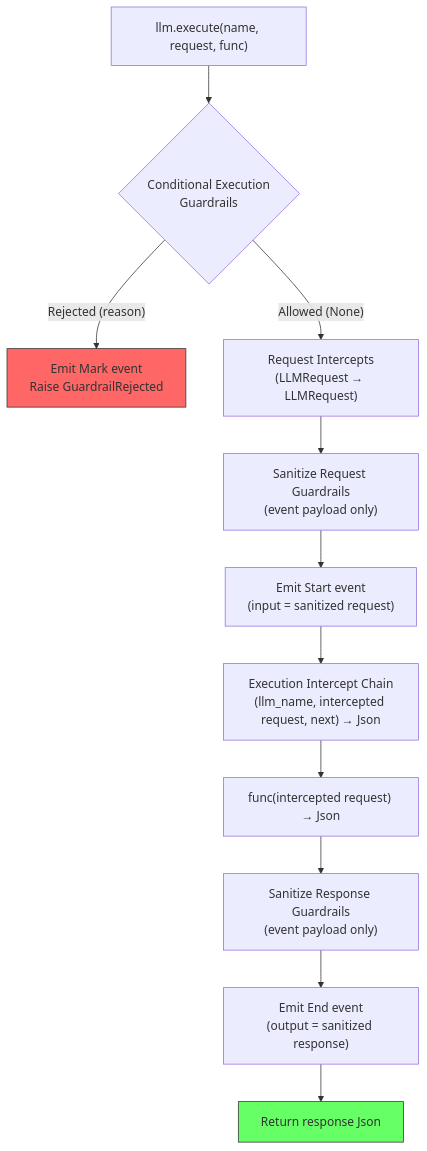
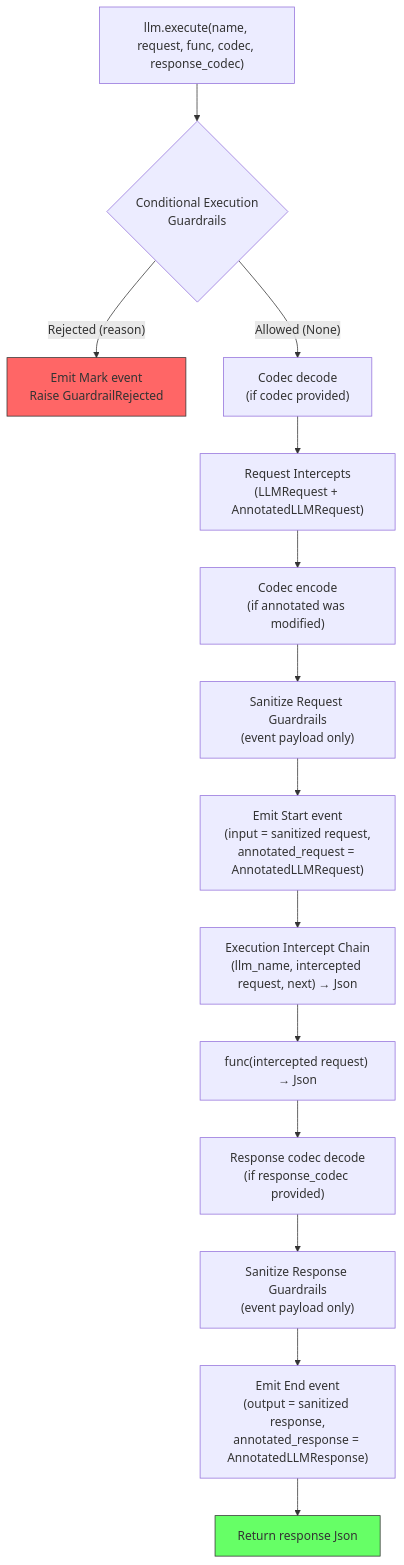
The second of 3 diagrams in docs/middleware-pipeline.md (NVIDIA/NeMo-Relay), drawn with Mermaid before and after one commit. The commit also changed other lines of this file and 63 other files, not shown here.

First line of the commit message:
feat: Add AnnotatedLLMResponse object and associated methods

````diff
--- a/docs/middleware-pipeline.md
+++ b/docs/middleware-pipeline.md
@@ -57,16 +57,19 @@
 ```mermaid
 flowchart TD
-    A["llm.execute(name, request, func)"] --> B{Conditional Execution<br/>Guardrails}
+    A["llm.execute(name, request, func, codec, response_codec)"] --> B{Conditional Execution<br/>Guardrails}
     B -->|"Rejected (reason)"| C["Emit Mark event<br/>Raise GuardrailRejected"]
-    B -->|"Allowed (None)"| D["Request Intercepts<br/>(LLMRequest → LLMRequest)"]
-    D --> E["Sanitize Request Guardrails<br/>(event payload only)"]
-    E --> F["Emit Start event<br/>(input = sanitized request)"]
+    B -->|"Allowed (None)"| CD["Codec decode<br/>(if codec provided)"]
+    CD --> D["Request Intercepts<br/>(LLMRequest + AnnotatedLLMRequest)"]
+    D --> CE["Codec encode<br/>(if annotated was modified)"]
+    CE --> E["Sanitize Request Guardrails<br/>(event payload only)"]
+    E --> F["Emit Start event<br/>(input = sanitized request,<br/>annotated_request = AnnotatedLLMRequest)"]
     F --> G["Execution Intercept Chain<br/>(llm_name, intercepted request, next) → Json"]
     G --> H["func(intercepted request) → Json"]
-    H --> I["Sanitize Response Guardrails<br/>(event payload only)"]
-    I --> J["Emit End event<br/>(output = sanitized response)"]
+    H --> RD["Response codec decode<br/>(if response_codec provided)"]
+    RD --> I["Sanitize Response Guardrails<br/>(event payload only)"]
+    I --> J["Emit End event<br/>(output = sanitized response,<br/>annotated_response = AnnotatedLLMResponse)"]
     J --> K[Return response Json]
 
     style C fill:#f66,stroke:#333
     style K fill:#6f6,stroke:#333
 ```
````
